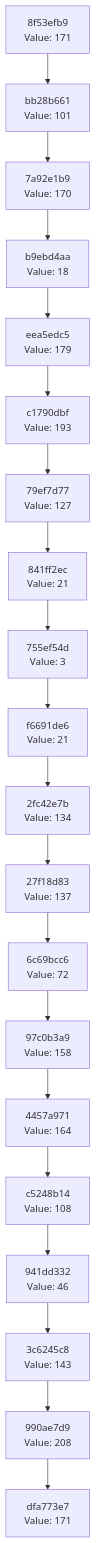
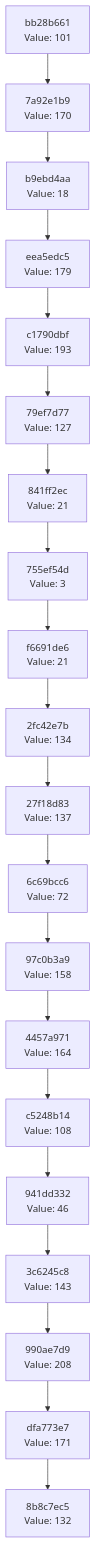
One commit to Abhisheksinha1506/hash-chain-evolver changed the diagram in docs/CHAIN_VISUALIZATION.md. Above: the diagram before and after it, drawn with Mermaid. The commit also changed 3 other files, not shown here.

````diff
--- a/docs/CHAIN_VISUALIZATION.md
+++ b/docs/CHAIN_VISUALIZATION.md
@@ -3,42 +3,42 @@
 ```mermaid
 graph TD
-    C0["dfa773e7<br/>Value: 171"]
-    C1["990ae7d9<br/>Value: 208"]
+    C0["8b8c7ec5<br/>Value: 132"]
+    C1["dfa773e7<br/>Value: 171"]
     C1 --> C0
-    C2["3c6245c8<br/>Value: 143"]
+    C2["990ae7d9<br/>Value: 208"]
     C2 --> C1
-    C3["941dd332<br/>Value: 46"]
+    C3["3c6245c8<br/>Value: 143"]
     C3 --> C2
-    C4["c5248b14<br/>Value: 108"]
+    C4["941dd332<br/>Value: 46"]
     C4 --> C3
-    C5["4457a971<br/>Value: 164"]
+    C5["c5248b14<br/>Value: 108"]
     C5 --> C4
-    C6["97c0b3a9<br/>Value: 158"]
+    C6["4457a971<br/>Value: 164"]
     C6 --> C5
-    C7["6c69bcc6<br/>Value: 72"]
+    C7["97c0b3a9<br/>Value: 158"]
     C7 --> C6
-    C8["27f18d83<br/>Value: 137"]
+    C8["6c69bcc6<br/>Value: 72"]
     C8 --> C7
-    C9["2fc42e7b<br/>Value: 134"]
+    C9["27f18d83<br/>Value: 137"]
     C9 --> C8
-    C10["f6691de6<br/>Value: 21"]
+    C10["2fc42e7b<br/>Value: 134"]
     C10 --> C9
-    C11["755ef54d<br/>Value: 3"]
+    C11["f6691de6<br/>Value: 21"]
     C11 --> C10
-    C12["841ff2ec<br/>Value: 21"]
+    C12["755ef54d<br/>Value: 3"]
     C12 --> C11
-    C13["79ef7d77<br/>Value: 127"]
+    C13["841ff2ec<br/>Value: 21"]
     C13 --> C12
-    C14["c1790dbf<br/>Value: 193"]
+    C14["79ef7d77<br/>Value: 127"]
     C14 --> C13
-    C15["eea5edc5<br/>Value: 179"]
+    C15["c1790dbf<br/>Value: 193"]
     C15 --> C14
-    C16["b9ebd4aa<br/>Value: 18"]
+    C16["eea5edc5<br/>Value: 179"]
     C16 --> C15
-    C17["7a92e1b9<br/>Value: 170"]
+    C17["b9ebd4aa<br/>Value: 18"]
     C17 --> C16
-    C18["bb28b661<br/>Value: 101"]
+    C18["7a92e1b9<br/>Value: 170"]
     C18 --> C17
-    C19["8f53efb9<br/>Value: 171"]
+    C19["bb28b661<br/>Value: 101"]
     C19 --> C18
 ```
````
